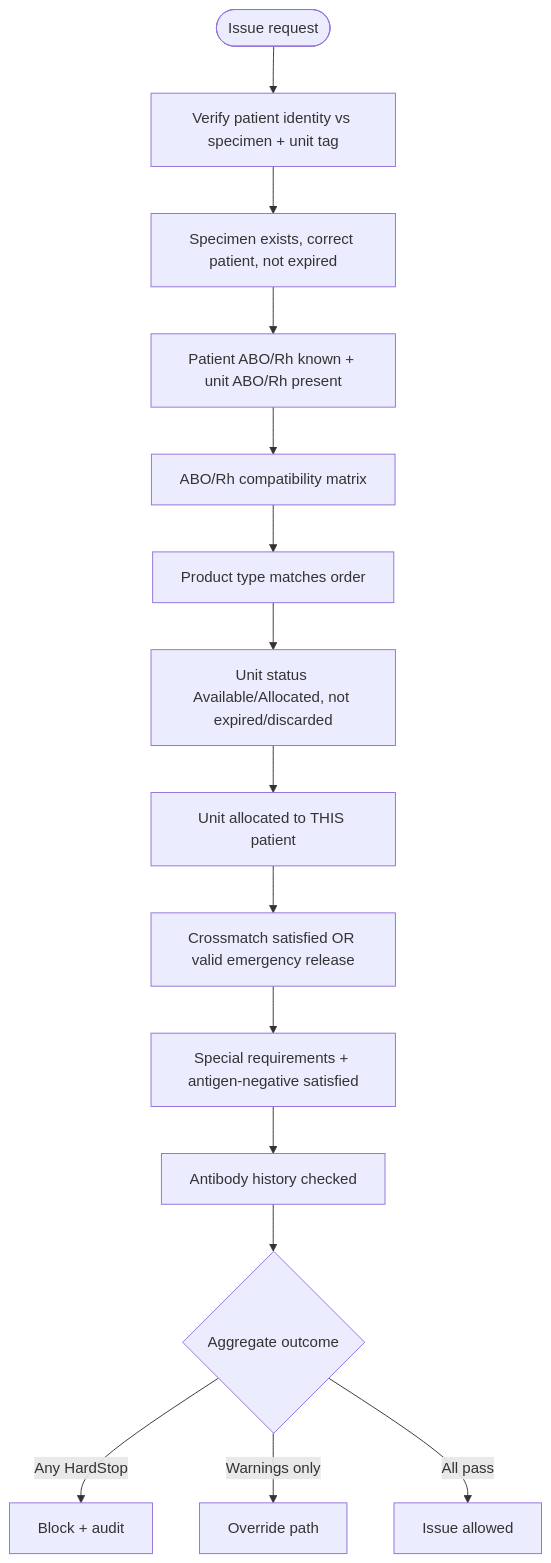
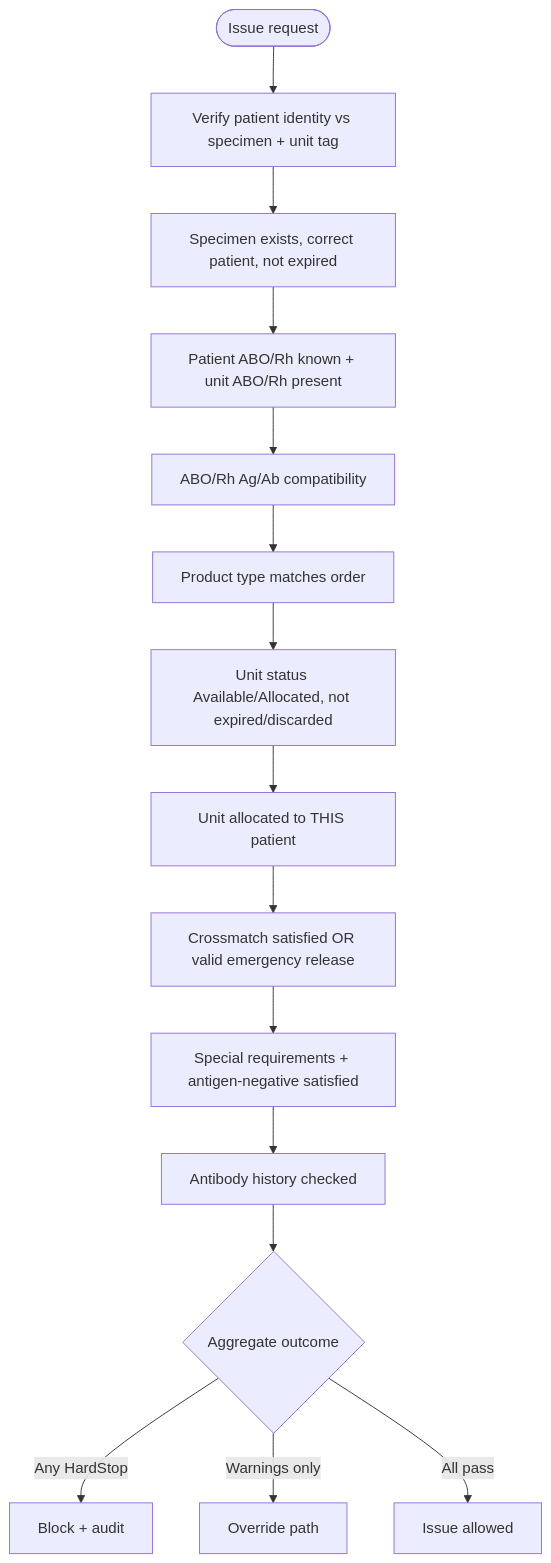
The fifth of 10 diagrams in docs/workflows.md (drpitts13/greyhound-blood-bank-system), drawn with Mermaid before and after one commit. The commit also changed other lines of this file and 63 other files, not shown here.

````diff
--- a/docs/workflows.md
+++ b/docs/workflows.md
@@ -103,17 +104,17 @@
 ```mermaid
 flowchart TD
     start([Issue request]) --> id[Verify patient identity vs specimen + unit tag]
     id --> spec[Specimen exists, correct patient, not expired]
     spec --> abo[Patient ABO/Rh known + unit ABO/Rh present]
-    abo --> comp[ABO/Rh compatibility matrix]
+    abo --> comp[ABO/Rh Ag/Ab compatibility]
     comp --> ptype[Product type matches order]
     ptype --> ustat[Unit status Available/Allocated, not expired/discarded]
     ustat --> alloc[Unit allocated to THIS patient]
     alloc --> xm[Crossmatch satisfied OR valid emergency release]
     xm --> spec2[Special requirements + antigen-negative satisfied]
     spec2 --> ab[Antibody history checked]
     ab --> out{Aggregate outcome}
     out -->|Any HardStop| stop[Block + audit]
     out -->|Warnings only| ovr[Override path]
     out -->|All pass| ok[Issue allowed]
 ```
````
